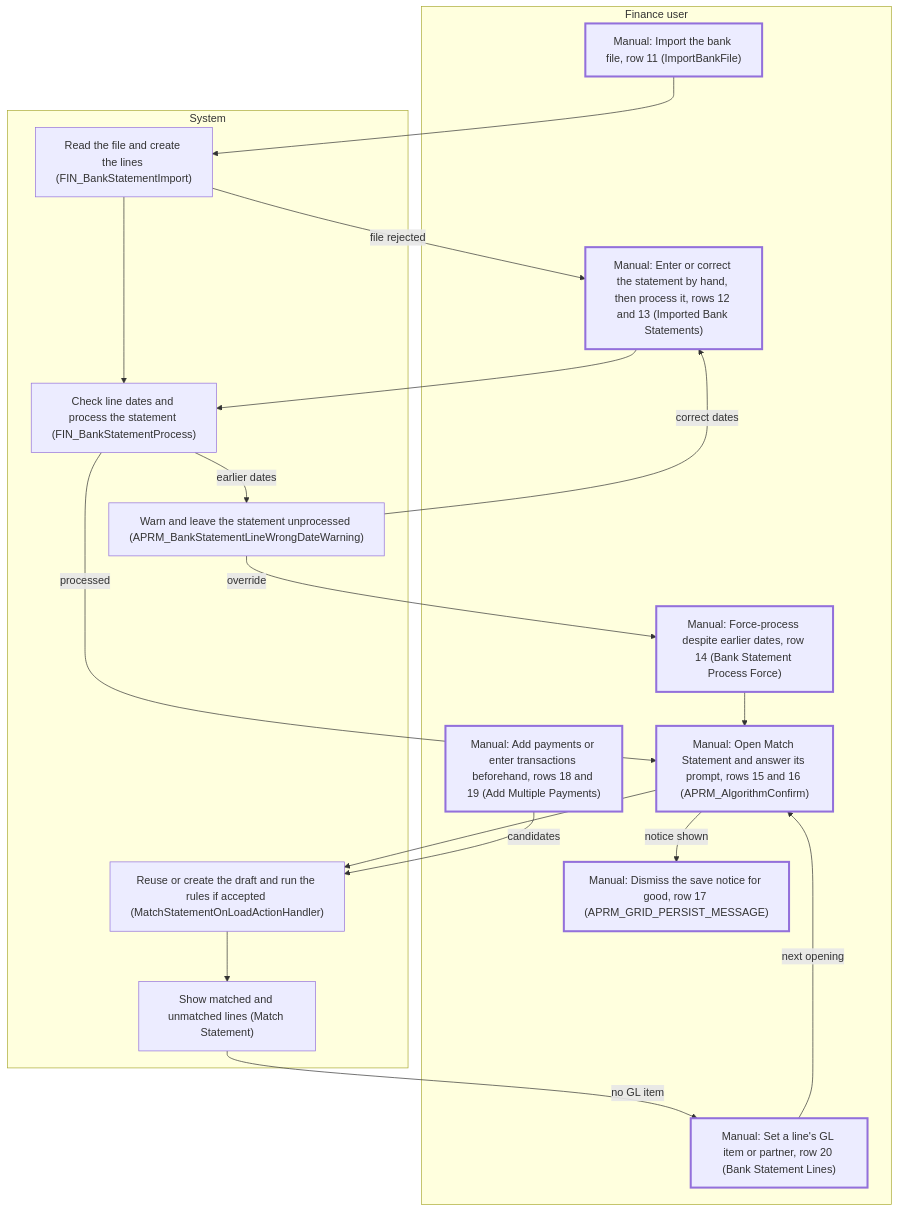
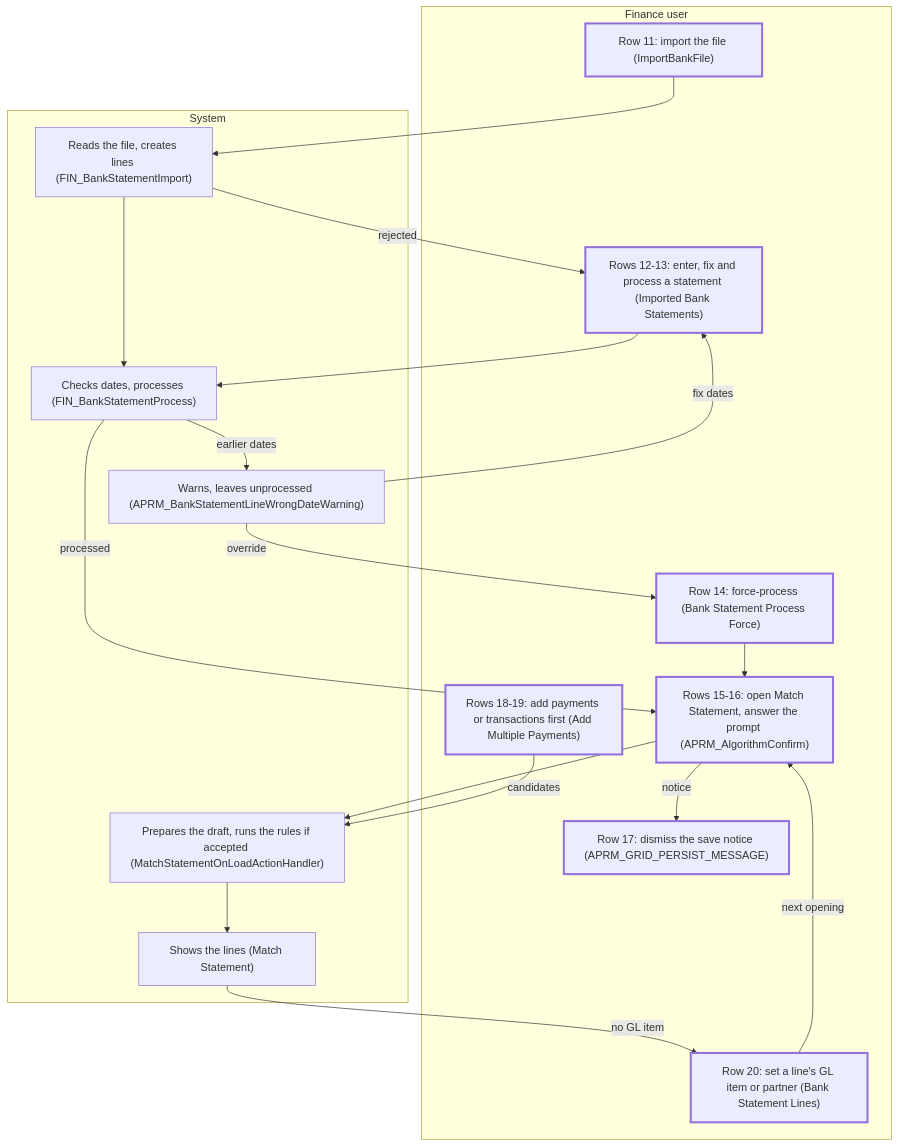
Before and after one commit to blitzy-public-samples/openbravo-erp: the fifth of 9 diagrams in docs/analysis/analysis-1-current-state-reconciliation.md, drawn with Mermaid. The commit also changed other lines of this file and 1 other file, not shown here.

````diff
--- a/docs/analysis/analysis-1-current-state-reconciliation.md
+++ b/docs/analysis/analysis-1-current-state-reconciliation.md
@@ -251,36 +251,36 @@
 ```mermaid
 flowchart TB
   subgraph People["Finance user"]
-    M11["Manual: Import the bank file, row 11 (ImportBankFile)"]
-    M12["Manual: Enter or correct the statement by hand, then process it, rows 12 and 13 (Imported Bank Statements)"]
-    M14["Manual: Force-process despite earlier dates, row 14 (Bank Statement Process Force)"]
-    M15["Manual: Open Match Statement and answer its prompt, rows 15 and 16 (APRM_AlgorithmConfirm)"]
-    M17["Manual: Dismiss the save notice for good, row 17 (APRM_GRID_PERSIST_MESSAGE)"]
-    M18["Manual: Add payments or enter transactions beforehand, rows 18 and 19 (Add Multiple Payments)"]
-    M20["Manual: Set a line's GL item or partner, row 20 (Bank Statement Lines)"]
+    M11["Row 11: import the file (ImportBankFile)"]
+    M12["Rows 12-13: enter, fix and process a statement (Imported Bank Statements)"]
+    M14["Row 14: force-process (Bank Statement Process Force)"]
+    M15["Rows 15-16: open Match Statement, answer the prompt (APRM_AlgorithmConfirm)"]
+    M17["Row 17: dismiss the save notice (APRM_GRID_PERSIST_MESSAGE)"]
+    M18["Rows 18-19: add payments or transactions first (Add Multiple Payments)"]
+    M20["Row 20: set a line's GL item or partner (Bank Statement Lines)"]
   end
   subgraph System["System"]
-    S1["Read the file and create the lines (FIN_BankStatementImport)"]
-    S2["Check line dates and process the statement (FIN_BankStatementProcess)"]
-    S3["Warn and leave the statement unprocessed (APRM_BankStatementLineWrongDateWarning)"]
-    S4["Reuse or create the draft and run the rules if accepted (MatchStatementOnLoadActionHandler)"]
-    S5["Show matched and unmatched lines (Match Statement)"]
+    S1["Reads the file, creates lines (FIN_BankStatementImport)"]
+    S2["Checks dates, processes (FIN_BankStatementProcess)"]
+    S3["Warns, leaves unprocessed (APRM_BankStatementLineWrongDateWarning)"]
+    S4["Prepares the draft, runs the rules if accepted (MatchStatementOnLoadActionHandler)"]
+    S5["Shows the lines (Match Statement)"]
   end
   M11 --> S1
-  S1 -->|"file rejected"| M12
+  S1 -->|"rejected"| M12
   S1 --> S2
   M12 --> S2
   S2 -->|"earlier dates"| S3
-  S3 -->|"correct dates"| M12
+  S3 -->|"fix dates"| M12
   S3 -->|"override"| M14
   S2 -->|"processed"| M15
   M14 --> M15
-  M15 -->|"notice shown"| M17
+  M15 -->|"notice"| M17
   M15 --> S4
   M18 -->|"candidates"| S4
   S4 --> S5
   S5 -->|"no GL item"| M20
   M20 -->|"next opening"| M15
   classDef manual stroke-width:3px
   class M11,M12,M14,M15,M17,M18,M20 manual
 ```
````
